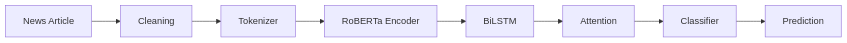
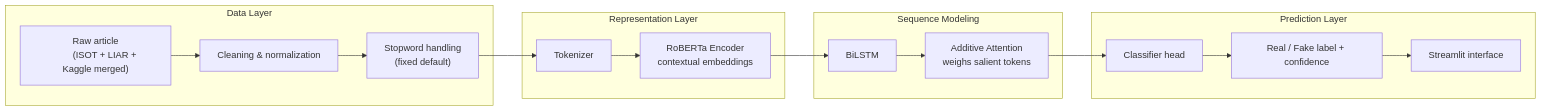
One commit to GargiPareek-27/GargiPareek-27 changed the second of 2 diagrams in README.md. Above: the diagram before and after it, drawn with Mermaid. The commit also changed other lines of this file, not shown here.

````diff
--- a/README.md
+++ b/README.md
@@ -152,10 +187,30 @@
 ```mermaid
 flowchart LR
-    A[News Article] --> B[Cleaning]
-    B --> C[Tokenizer]
-    C --> D[RoBERTa Encoder]
-    D --> E[BiLSTM]
-    E --> F[Attention]
-    F --> G[Classifier]
-    G --> H[Prediction]
+    subgraph Ingest["Data Layer"]
+        A["Raw article
+        (ISOT + LIAR + Kaggle merged)"]
+        B[Cleaning & normalization]
+        C["Stopword handling
+        (fixed default)"]
+    end
+
+    subgraph Encode["Representation Layer"]
+        D[Tokenizer]
+        E[RoBERTa Encoder
+        contextual embeddings]
+    end
+
+    subgraph Sequence["Sequence Modeling"]
+        F[BiLSTM]
+        G[Additive Attention
+        weighs salient tokens]
+    end
+
+    subgraph Output["Prediction Layer"]
+        H[Classifier head]
+        I[Real / Fake label + confidence]
+        J[Streamlit interface]
+    end
+
+    A --> B --> C --> D --> E --> F --> G --> H --> I --> J
 ```
````
